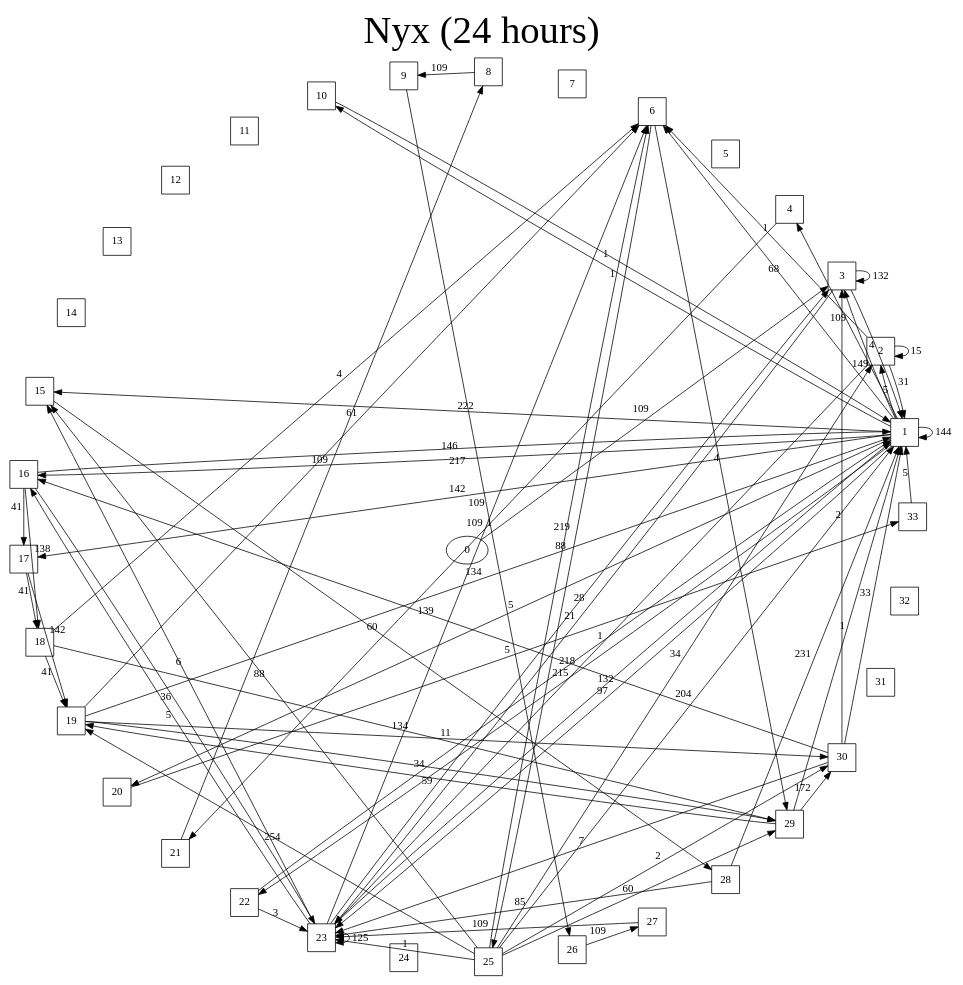
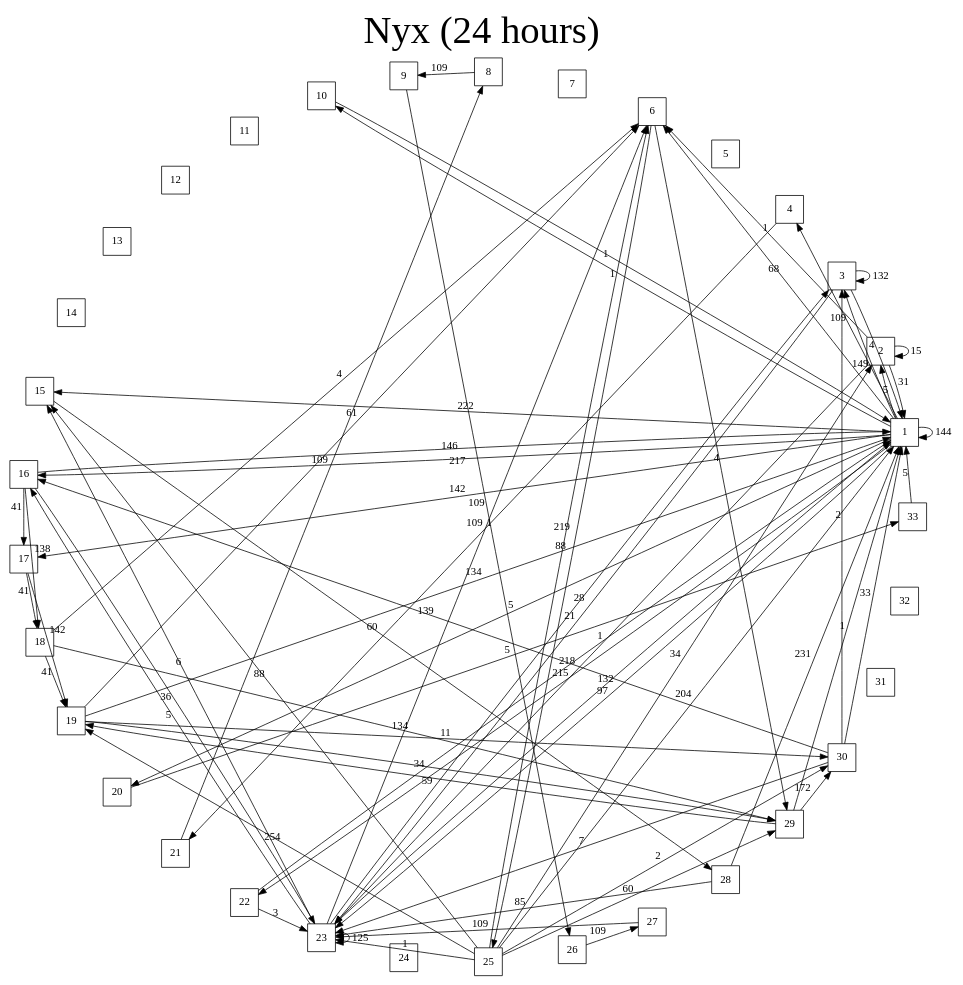
The diagram in state-results/nyx.dot (cyruscyliu/virtfuzz-evaluation), drawn with Graphviz before and after one commit. The commit also changed 5 other files, not shown here.

```diff
--- a/state-results/nyx.dot
+++ b/state-results/nyx.dot
@@ -1,110 +1,109 @@
 digraph {
 label="Nyx (24 hours)"
 labelloc=top
 abeljust=rifht
 fontsize=50
     layout="neato"
     1[label="1", pos="7.855429578101654,1.5140099548832815!", shape = "square"];
     2[label="2", pos="7.4269434641285805,2.97329964528262!", shape = "square"];
     3[label="3", pos="6.73002826264945,4.32512653964478!", shape = "square"];
     4[label="4", pos="5.789872304840562,5.520632091856895!", shape = "square"];
     5[label="5", pos="4.640455276569586,6.516607616402685!", shape = "square"];
     6[label="6", pos="3.3233201040150915,7.277055962836147!", shape = "square"];
     7[label="7", pos="1.8860714840754182,7.774492546588333!", shape = "square"];
     8[label="8", pos="0.3806553265899392,7.990938713464064!", shape = "square"];
     9[label="9", pos="-1.13851870618628,7.918571535047462!", shape = "square"];
     10[label="10", pos="-2.6165437065393715,7.5600065497173485!", shape = "square"];
     11[label="11", pos="-3.9999999999999982,6.92820323027551!", shape = "square"];
     12[label="12", pos="-5.23888587156228,6.045996594834066!", shape = "square"];
     13[label="13", pos="-6.288424757942298,4.945271889764844!", shape = "square"];
     14[label="14", pos="-7.110683589239387,3.665812173819284!", shape = "square"];
     15[label="15", pos="-7.675943788915978,2.2538604547314405!", shape = "square"];
     16[label="16", pos="-7.963775380584677,0.760448346433463!", shape = "square"];
     17[label="17", pos="-7.963775380584677,-0.760448346433461!", shape = "square"];
     18[label="18", pos="-7.67594378891598,-2.253860454731435!", shape = "square"];
     19[label="19", pos="-7.110683589239388,-3.6658121738192824!", shape = "square"];
     20[label="20", pos="-6.288424757942302,-4.94527188976484!", shape = "square"];
     21[label="21", pos="-5.238885871562282,-6.045996594834065!", shape = "square"];
     22[label="22", pos="-4.0000000000000036,-6.928203230275507!", shape = "square"];
     23[label="23", pos="-2.616543706539375,-7.560006549717347!", shape = "square"];
     24[label="24", pos="-1.1385187061862818,-7.9185715350474615!", shape = "square"];
     25[label="25", pos="0.38065532658993906,-7.990938713464064!", shape = "square"];
     26[label="26", pos="1.886071484075413,-7.774492546588335!", shape = "square"];
     27[label="27", pos="3.3233201040150884,-7.277055962836148!", shape = "square"];
     28[label="28", pos="4.6404552765695835,-6.516607616402687!", shape = "square"];
     29[label="29", pos="5.789872304840561,-5.520632091856896!", shape = "square"];
     30[label="30", pos="6.730028262649446,-4.325126539644786!", shape = "square"];
     31[label="31", pos="7.426943464128579,-2.9732996452826246!", shape = "square"];
     32[label="32", pos="7.855429578101653,-1.514009954883285!", shape = "square"];
     33[label="33", pos="8.0,-1.959434878635765e-15!", shape = "square"];
-    0->3[label=109]
     1->1[label=144]
     1->2[label=5]
     1->3[label=149]
     1->4[label=109]
     1->6[label=68]
     1->10[label=1]
     1->15[label=222]
     1->16[label=217]
     1->17[label=142]
     1->20[label=5]
     1->22[label=218]
     1->23[label=132]
     2->1[label=31]
     2->2[label=15]
     2->6[label=1]
     2->23[label=1]
     3->1[label=4]
     3->3[label=132]
     3->23[label=28]
     4->21[label=109]
     6->25[label=219]
     6->29[label=4]
     8->9[label=109]
     9->26[label=109]
     10->1[label=1]
     15->28[label=60]
     16->1[label=146]
     16->17[label=41]
     16->18[label=138]
     16->23[label=36]
     17->18[label=41]
     17->19[label=142]
     18->6[label=4]
     18->19[label=41]
     18->29[label=134]
     19->1[label=134]
     19->6[label=61]
     19->29[label=34]
     19->30[label=11]
     20->33[label=5]
     21->8[label=109]
     22->1[label=215]
     22->23[label=3]
     23->1[label=97]
     23->3[label=21]
     23->6[label=1]
     23->15[label=6]
     23->16[label=5]
     23->23[label=125]
     25->1[label=204]
     25->2[label=34]
     25->6[label=88]
     25->15[label=88]
     25->19[label=254]
     25->23[label=1]
     25->29[label=60]
     25->30[label=2]
     26->27[label=109]
     27->23[label=109]
     28->1[label=231]
     28->23[label=85]
     29->1[label=1]
     29->19[label=59]
     29->30[label=172]
     30->1[label=33]
     30->3[label=2]
     30->16[label=139]
     30->23[label=7]
     33->1[label=5]
 }
```
